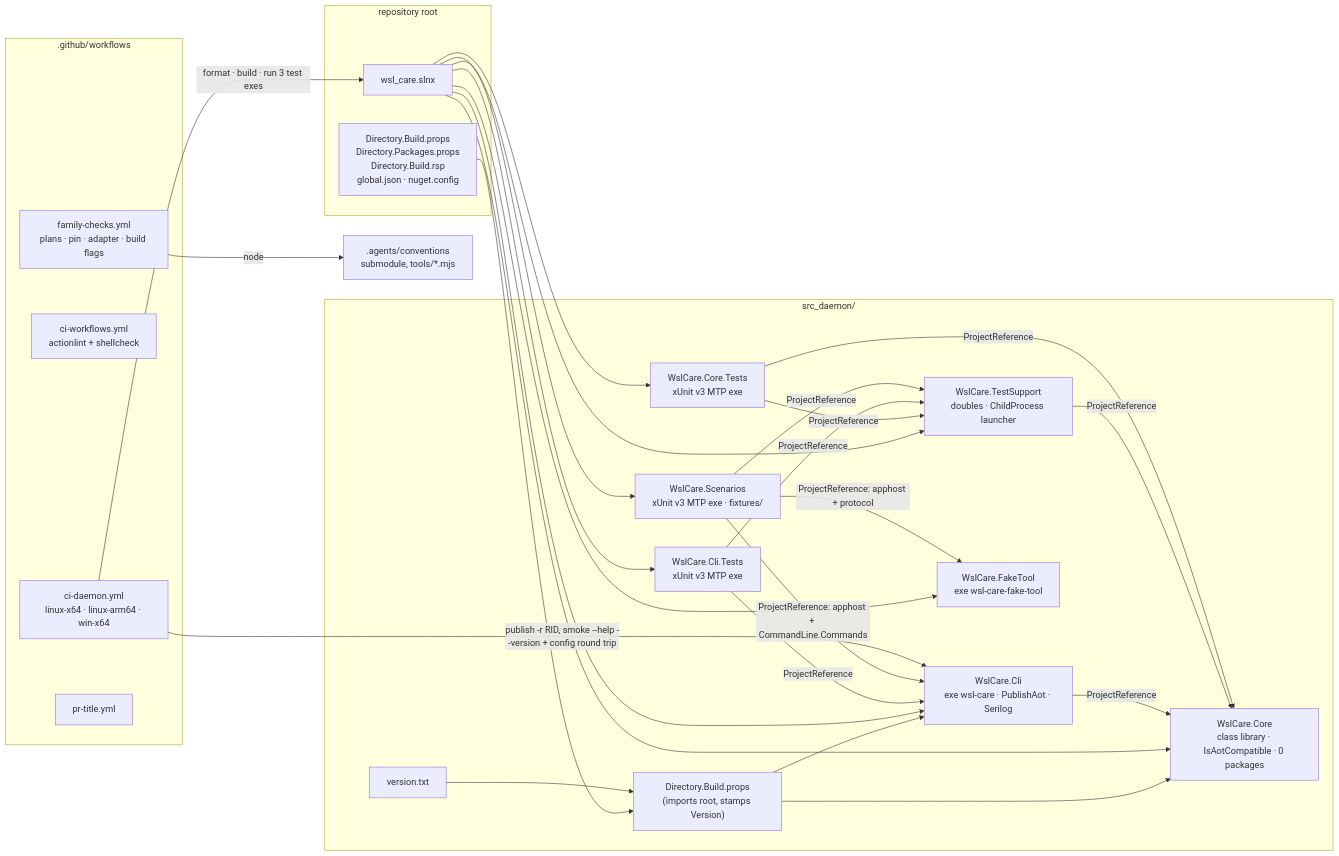
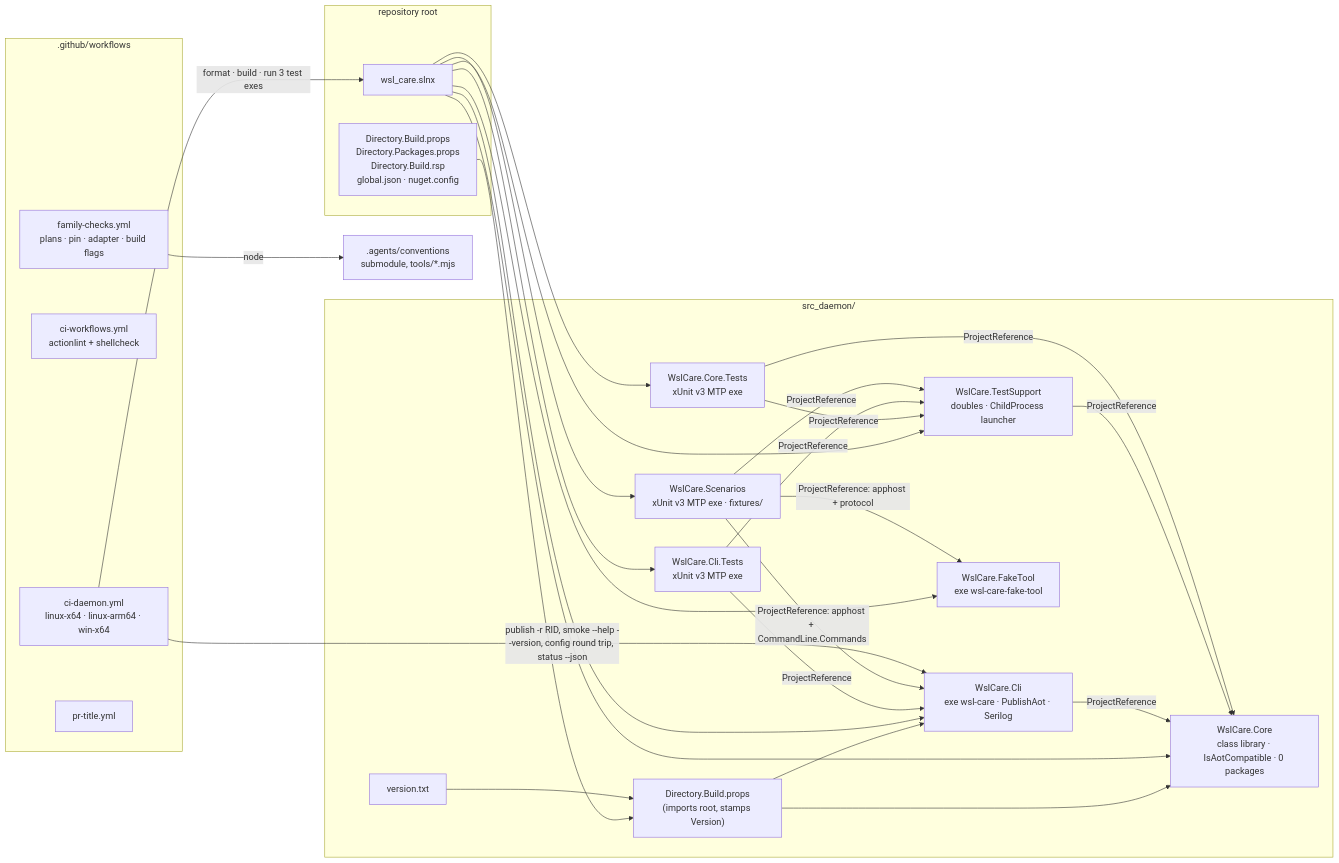
Before and after one commit to oleksandrdubyna88/wsl_care: the third of 5 diagrams in research/architecture.md, drawn with Mermaid. The commit also changed other lines of this file and 356 other files, not shown here.

````diff
--- a/research/architecture.md
+++ b/research/architecture.md
@@ -164,52 +262,52 @@
 ```mermaid
 flowchart LR
     subgraph root["repository root"]
         props["Directory.Build.props<br/>Directory.Packages.props<br/>Directory.Build.rsp<br/>global.json · nuget.config"]
         slnx["wsl_care.slnx"]
     end
 
     subgraph daemon["src_daemon/"]
         ver["version.txt"]
         dprops["Directory.Build.props<br/>(imports root, stamps Version)"]
         core["WslCare.Core<br/>class library · IsAotCompatible · 0 packages"]
         cli["WslCare.Cli<br/>exe wsl-care · PublishAot · Serilog"]
         support["WslCare.TestSupport<br/>doubles · ChildProcess launcher"]
         coreT["WslCare.Core.Tests<br/>xUnit v3 MTP exe"]
         cliT["WslCare.Cli.Tests<br/>xUnit v3 MTP exe"]
         fake["WslCare.FakeTool<br/>exe wsl-care-fake-tool"]
         scn["WslCare.Scenarios<br/>xUnit v3 MTP exe · fixtures/"]
     end
 
     subgraph ci[".github/workflows"]
         ciD["ci-daemon.yml<br/>linux-x64 · linux-arm64 · win-x64"]
         ciW["ci-workflows.yml<br/>actionlint + shellcheck"]
         ciF["family-checks.yml<br/>plans · pin · adapter · build flags"]
         prT["pr-title.yml"]
     end
 
     conv[".agents/conventions<br/>submodule, tools/*.mjs"]
 
     props --> dprops
     ver --> dprops
     dprops --> core
     dprops --> cli
     slnx --> core
     slnx --> cli
     slnx --> support
     slnx --> coreT
     slnx --> cliT
     slnx --> fake
     slnx --> scn
     cli -->|ProjectReference| core
     support -->|ProjectReference| core
     coreT -->|ProjectReference| core
     coreT -->|ProjectReference| support
     cliT -->|ProjectReference| cli
     cliT -->|ProjectReference| support
     scn -->|"ProjectReference: apphost + CommandLine.Commands"| cli
     scn -->|"ProjectReference: apphost + protocol"| fake
     scn -->|ProjectReference| support
     ciD -->|format · build · run 3 test exes| slnx
-    ciD -->|"publish -r RID, smoke --help --version + config round trip"| cli
+    ciD -->|"publish -r RID, smoke --help --version, config round trip, status --json"| cli
     ciF -->|node| conv
 ```
````
